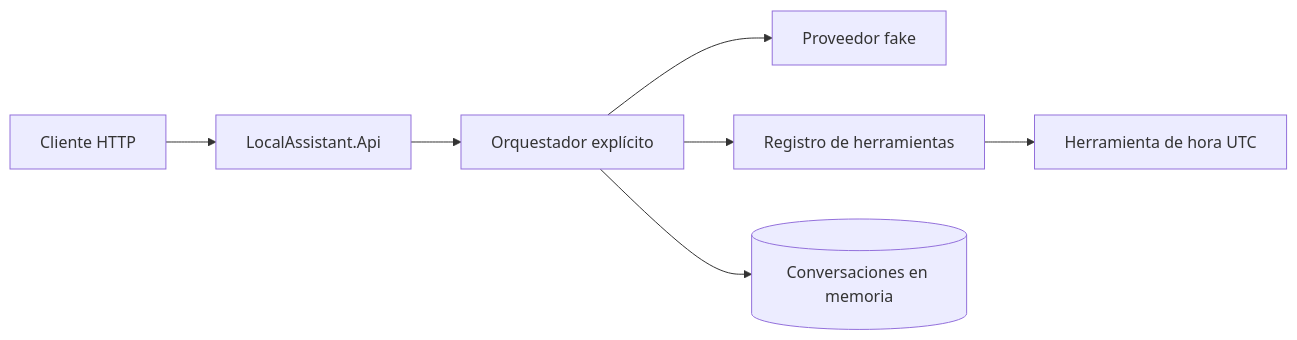
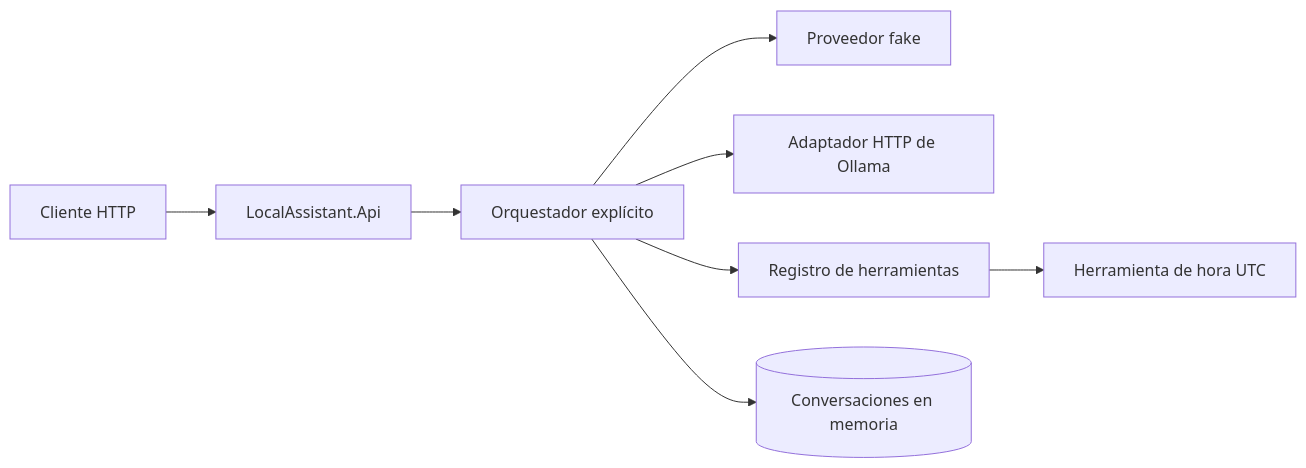
One commit to carlos-aisa/LocalAssistant changed the first of 2 diagrams in README.md. Above: the diagram before and after it, drawn with Mermaid. The commit also changed other lines of this file and 16 other files, not shown here.

````diff
--- a/README.md
+++ b/README.md
@@ -35,9 +38,10 @@
 ```mermaid
 flowchart LR
     Client[Cliente HTTP] --> Api[LocalAssistant.Api]
     Api --> Orchestrator[Orquestador explícito]
     Orchestrator --> Fake[Proveedor fake]
+    Orchestrator --> Ollama[Adaptador HTTP de Ollama]
     Orchestrator --> Registry[Registro de herramientas]
     Registry --> Time[Herramienta de hora UTC]
     Orchestrator --> Memory[(Conversaciones en memoria)]
 ```
````
